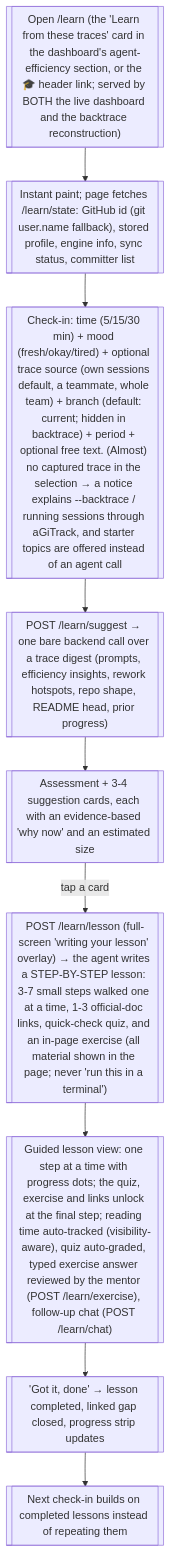
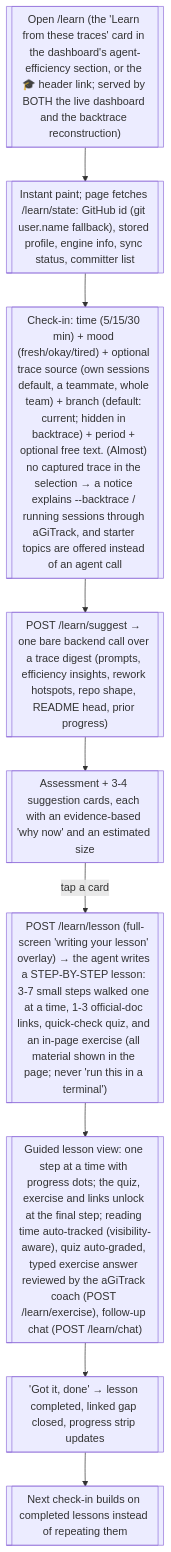
Before and after one commit to core-aix/agitrack: diagram 19 of 19 in docs/user-flow.md, drawn with Mermaid. The commit also changed 5 other files, not shown here.

````diff
--- a/docs/user-flow.md
+++ b/docs/user-flow.md
@@ -804,11 +804,11 @@
 ```mermaid
 flowchart TD
   open[["Open /learn (the 'Learn from these traces' card in the dashboard's agent-efficiency section, or the 🎓 header link; served by BOTH the live dashboard and the backtrace reconstruction)"]] --> paint[["Instant paint; page fetches /learn/state: GitHub id (git user.name fallback), stored profile, engine info, sync status, committer list"]]
   paint --> checkin[["Check-in: time (5/15/30 min) + mood (fresh/okay/tired) + optional trace source (own sessions default, a teammate, whole team) + branch (default: current; hidden in backtrace) + period + optional free text. (Almost) no captured trace in the selection → a notice explains --backtrace / running sessions through aGiTrack, and starter topics are offered instead of an agent call"]]
   checkin --> sugg[["POST /learn/suggest → one bare backend call over a trace digest (prompts, efficiency insights, rework hotspots, repo shape, README head, prior progress)"]]
   sugg --> cards[["Assessment + 3-4 suggestion cards, each with an evidence-based 'why now' and an estimated size"]]
   cards -->|tap a card| lesson[["POST /learn/lesson (full-screen 'writing your lesson' overlay) → the agent writes a STEP-BY-STEP lesson: 3-7 small steps walked one at a time, 1-3 official-doc links, quick-check quiz, and an in-page exercise (all material shown in the page; never 'run this in a terminal')"]]
-  lesson --> read[["Guided lesson view: one step at a time with progress dots; the quiz, exercise and links unlock at the final step; reading time auto-tracked (visibility-aware), quiz auto-graded, typed exercise answer reviewed by the mentor (POST /learn/exercise), follow-up chat (POST /learn/chat)"]]
+  lesson --> read[["Guided lesson view: one step at a time with progress dots; the quiz, exercise and links unlock at the final step; reading time auto-tracked (visibility-aware), quiz auto-graded, typed exercise answer reviewed by the aGiTrack coach (POST /learn/exercise), follow-up chat (POST /learn/chat)"]]
   read --> done[["'Got it, done' → lesson completed, linked gap closed, progress strip updates"]]
   done --> next[["Next check-in builds on completed lessons instead of repeating them"]]
 ```
````
